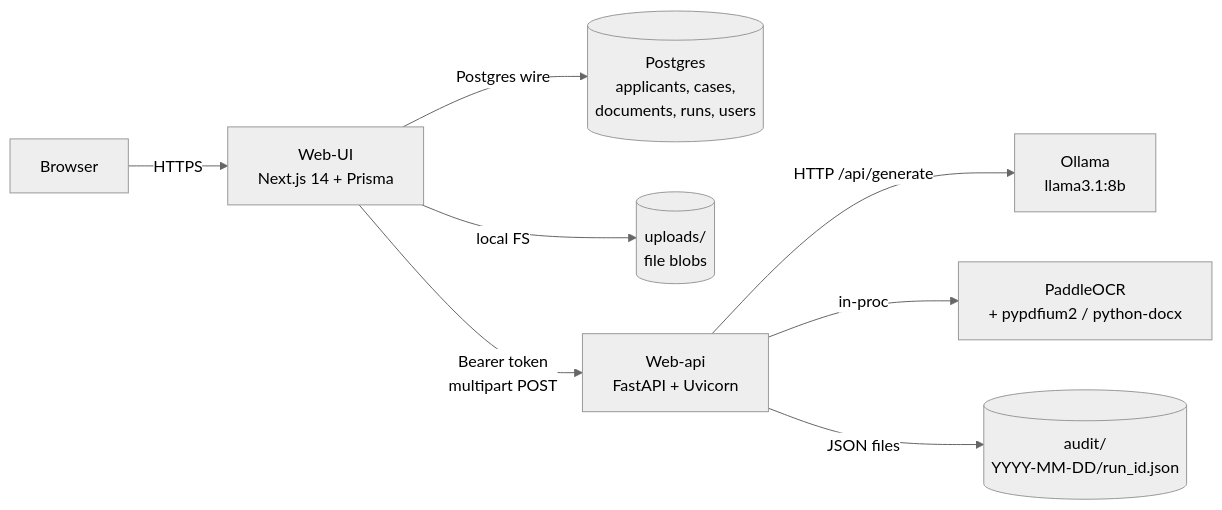
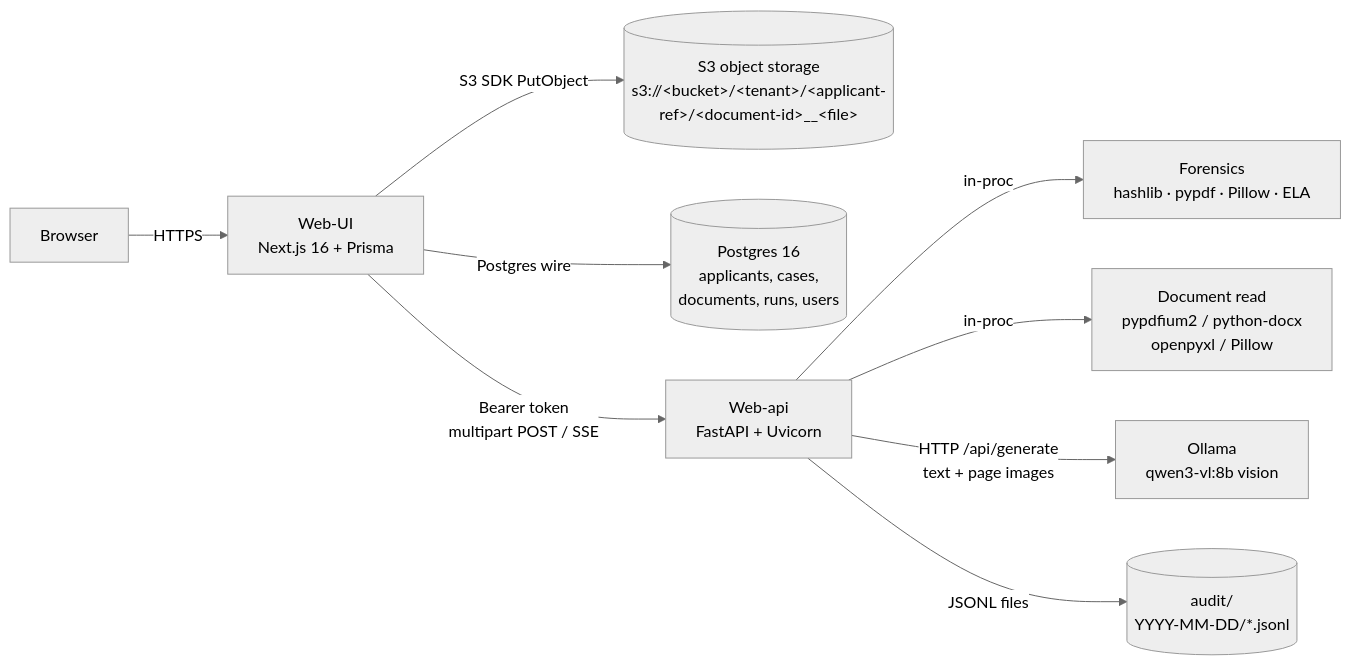
One commit to Prutech-Solutions-India/HPD_Document_Validation changed the first of 6 diagrams in README.md. Above: the diagram before and after it, drawn with Mermaid (neutral theme). The commit also changed other lines of this file, not shown here.

````diff
--- a/README.md
+++ b/README.md
@@ -17,10 +22,11 @@
 ```mermaid
 flowchart LR
-  User[Browser] -->|HTTPS| UI[Web-UI<br/>Next.js 14 + Prisma]
-  UI -->|Postgres wire| DB[(Postgres<br/>applicants, cases,<br/>documents, runs, users)]
-  UI -->|local FS| Disk[(uploads/<br/>file blobs)]
-  UI -->|Bearer token<br/>multipart POST| API[Web-api<br/>FastAPI + Uvicorn]
-  API -->|HTTP /api/generate| OLM[Ollama<br/>llama3.1:8b]
-  API -->|in-proc| OCR[PaddleOCR<br/>+ pypdfium2 / python-docx]
-  API -->|JSON files| Audit[(audit/<br/>YYYY-MM-DD/run_id.json)]
+  User[Browser] -->|HTTPS| UI[Web-UI<br/>Next.js 16 + Prisma]
+  UI -->|S3 SDK PutObject| S3[(S3 object storage<br/>s3://&lt;bucket&gt;/&lt;tenant&gt;/&lt;applicant-ref&gt;/&lt;document-id&gt;__&lt;file&gt;)]
+  UI -->|Postgres wire| DB[(Postgres 16<br/>applicants, cases,<br/>documents, runs, users)]
+  UI -->|Bearer token<br/>multipart POST / SSE| API[Web-api<br/>FastAPI + Uvicorn]
+  API -->|in-proc| FOR[Forensics<br/>hashlib · pypdf · Pillow · ELA]
+  API -->|in-proc| READ[Document read<br/>pypdfium2 / python-docx<br/>openpyxl / Pillow]
+  API -->|HTTP /api/generate<br/>text + page images| OLM[Ollama<br/>qwen3-vl:8b vision]
+  API -->|JSONL files| Audit[(audit/<br/>YYYY-MM-DD/*.jsonl)]
 ```
````
